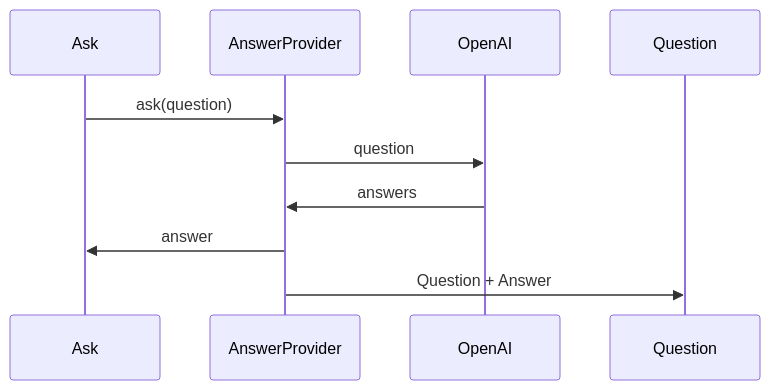
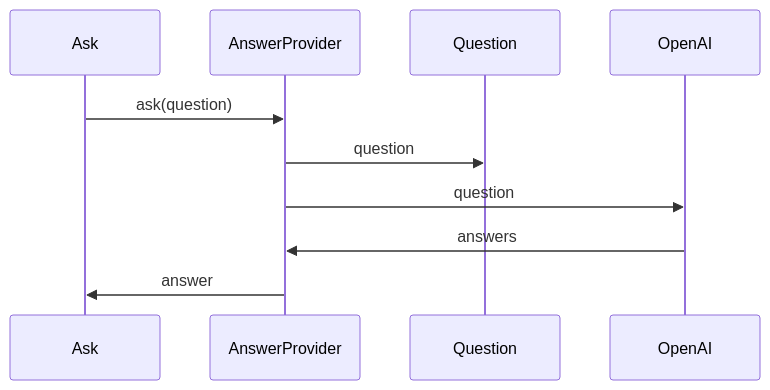
One commit to TheGreatShan/GPT-Cli changed the fifth of 6 diagrams in readme.md. Above: the diagram before and after it, drawn with Mermaid. The commit also changed other lines of this file, not shown here.

Commit message:
Architectural changes

````diff
--- a/readme.md
+++ b/readme.md
@@ -116,8 +116,8 @@
 ```mermaid
 sequenceDiagram
   Ask->>AnswerProvider: ask(question)
+  AnswerProvider->>Question: question 
   AnswerProvider->>OpenAI: question
   OpenAI->>AnswerProvider: answers
   AnswerProvider->>Ask: answer
-  AnswerProvider->>Question: Question + Answer 
 ```
````
